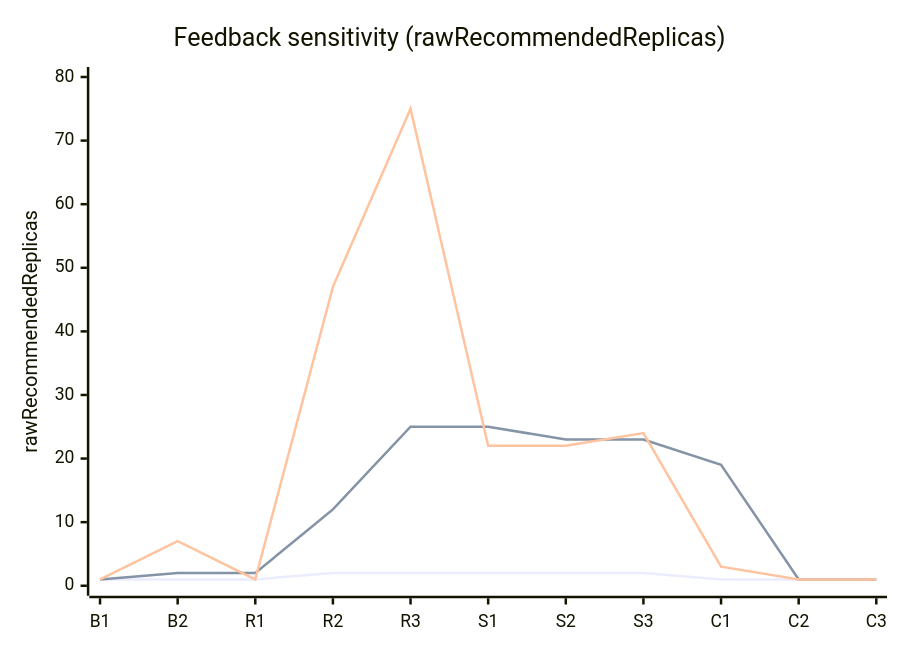
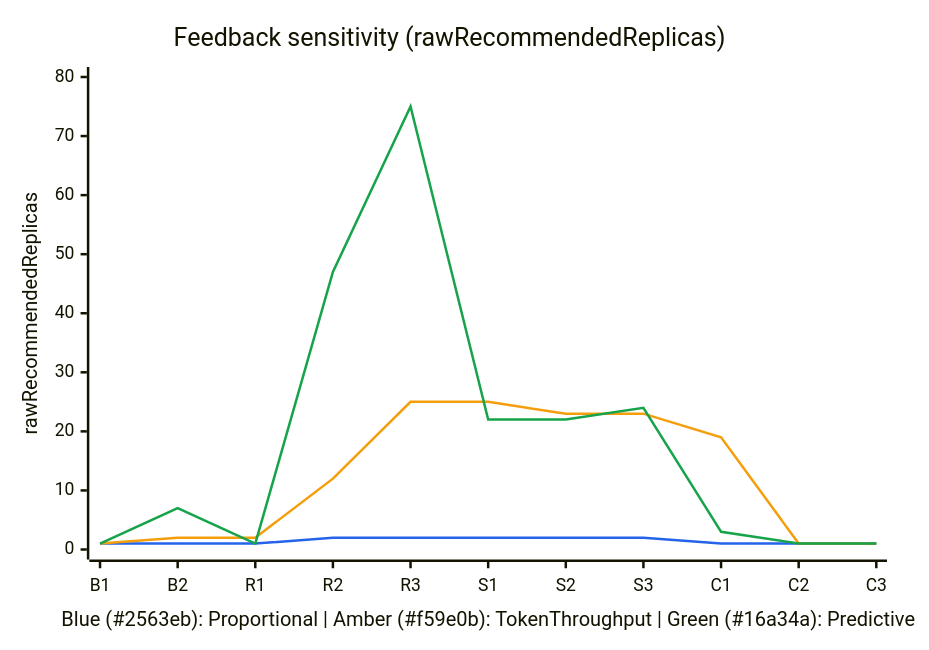
The first of 9 diagrams in docs/modules/model-deployment/scaling-benchmark.md (gpustack/gpustack-operator), drawn with Mermaid before and after one commit. The commit also changed other lines of this file, not shown here.

Commit message:
docs(scaling): add explicit plotColorPalette and color legends to xychart-beta diagrams

````diff
--- a/docs/modules/model-deployment/scaling-benchmark.md
+++ b/docs/modules/model-deployment/scaling-benchmark.md
@@ -180,9 +180,10 @@
 ```mermaid
+%%{init: {"themeVariables": {"xyChart": {"plotColorPalette": "#2563eb, #f59e0b, #16a34a"}}}}%%
 xychart-beta
     title "Feedback sensitivity (rawRecommendedReplicas)"
-    x-axis ["B1", "B2", "R1", "R2", "R3", "S1", "S2", "S3", "C1", "C2", "C3"]
+    x-axis "Blue (#2563eb): Proportional | Amber (#f59e0b): TokenThroughput | Green (#16a34a): Predictive" ["B1", "B2", "R1", "R2", "R3", "S1", "S2", "S3", "C1", "C2", "C3"]
     y-axis "rawRecommendedReplicas" 0 --> 80
-    line [1, 1, 1, 2, 2, 2, 2, 2, 1, 1, 1]
-    line [1, 2, 2, 12, 25, 25, 23, 23, 19, 1, 1]
-    line [1, 7, 1, 47, 75, 22, 22, 24, 3, 1, 1]
+    line "Proportional" [1, 1, 1, 2, 2, 2, 2, 2, 1, 1, 1]
+    line "TokenThroughput" [1, 2, 2, 12, 25, 25, 23, 23, 19, 1, 1]
+    line "Predictive" [1, 7, 1, 47, 75, 22, 22, 24, 3, 1, 1]
 ```
````
